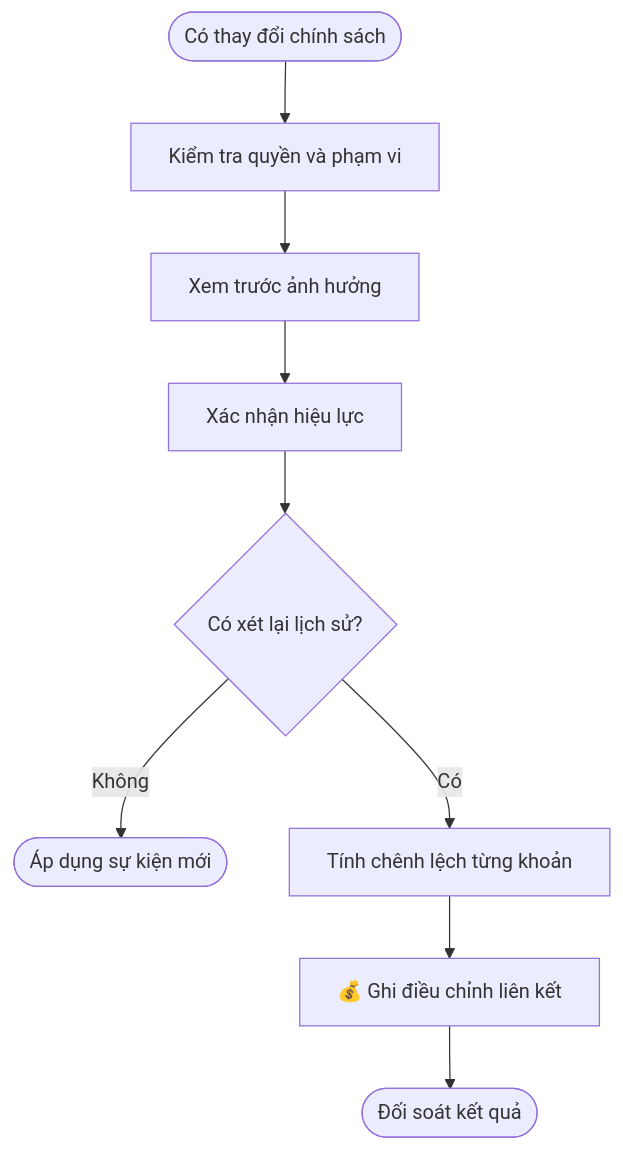
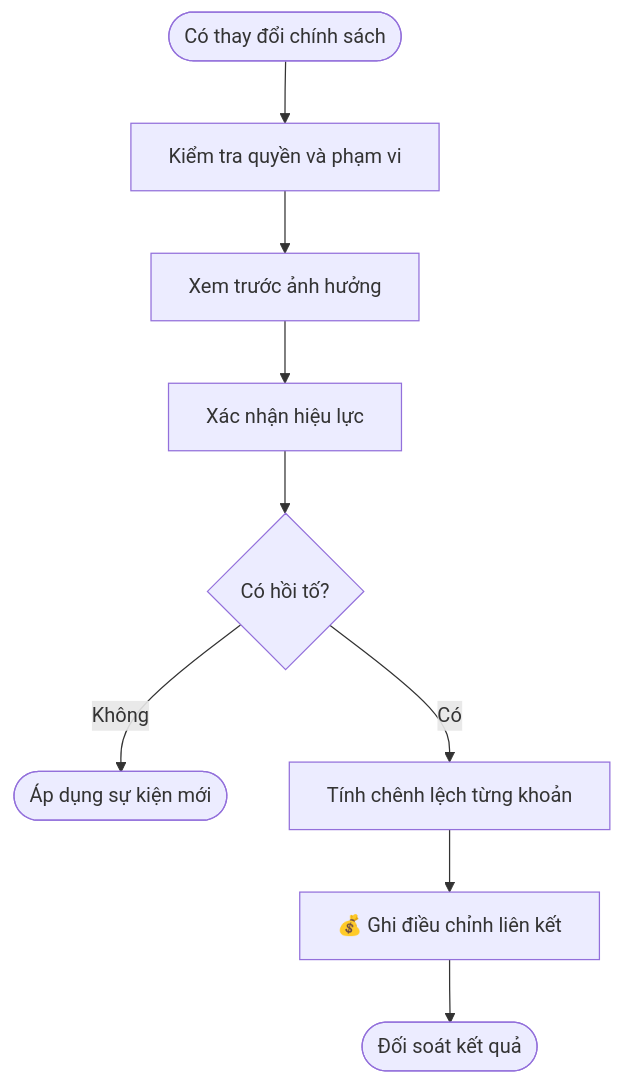
One commit to vlink-group/VlinkPay changed the fifth of 10 diagrams in nexora/docs/business/oneqr-sponsor-override.md. Above: the diagram before and after it, drawn with Mermaid. The commit also changed other lines of this file, not shown here.

````diff
--- a/nexora/docs/business/oneqr-sponsor-override.md
+++ b/nexora/docs/business/oneqr-sponsor-override.md
@@ -236,11 +263,11 @@
 ```mermaid
 flowchart TD
     A([Có thay đổi chính sách]) --> B[Kiểm tra quyền và phạm vi]
     B --> C[Xem trước ảnh hưởng]
     C --> D[Xác nhận hiệu lực]
-    D --> E{Có xét lại lịch sử?}
+    D --> E{Có hồi tố?}
     E -- Không --> F([Áp dụng sự kiện mới])
     E -- Có --> G[Tính chênh lệch từng khoản]
     G --> H[💰 Ghi điều chỉnh liên kết]
     H --> I([Đối soát kết quả])
 ```
````
